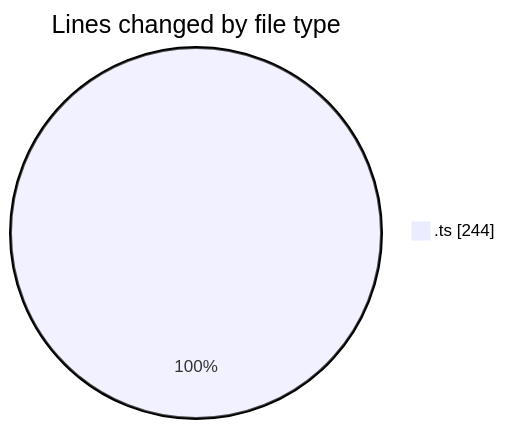
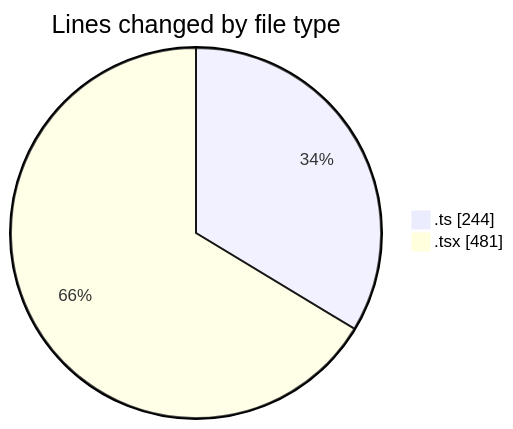
The first of 2 diagrams in 2026-05-06/nxtqube_webapp/README.md (nxtqubesakshisongat/code-tracking), drawn with Mermaid before and after one commit. The commit also changed other lines of this file and 1 other file, not shown here.

````diff
--- a/2026-05-06/nxtqube_webapp/README.md
+++ b/2026-05-06/nxtqube_webapp/README.md
@@ -21,5 +22,6 @@
 ```mermaid
 pie showData
 title Lines changed by file type
 ".ts" : 244
+".tsx" : 481
 ```
````
